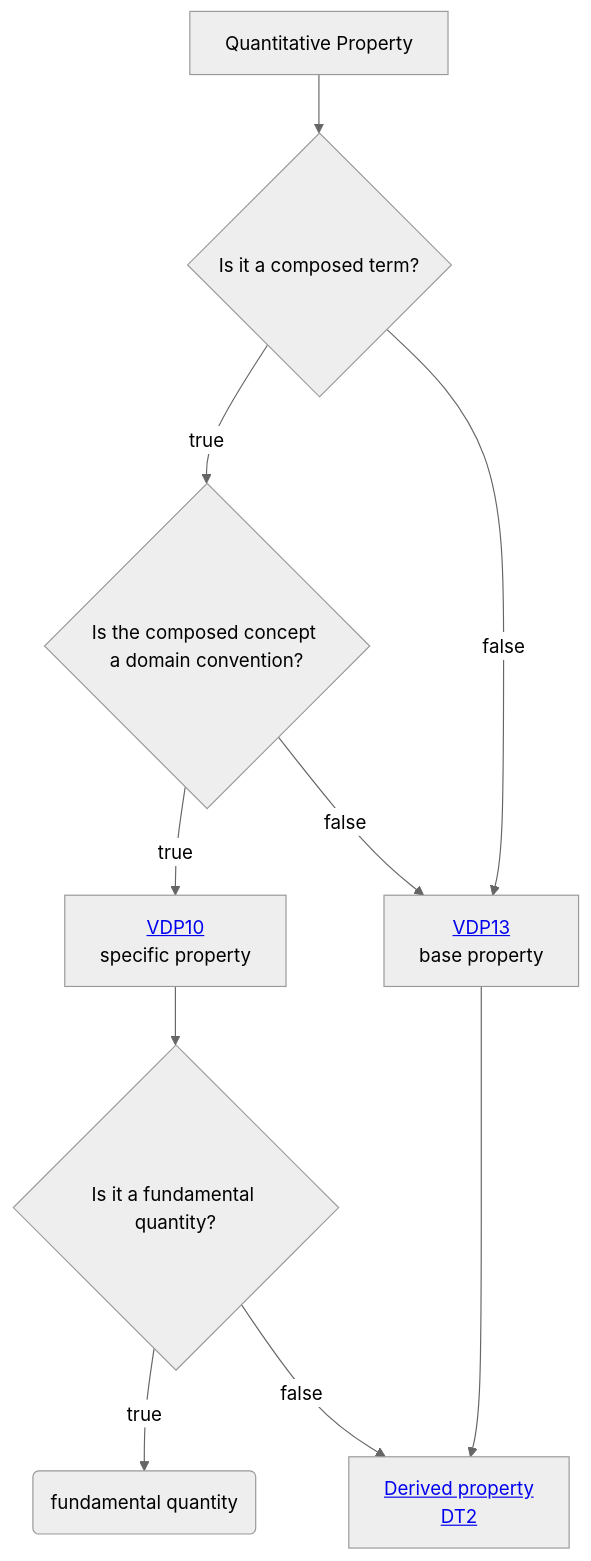
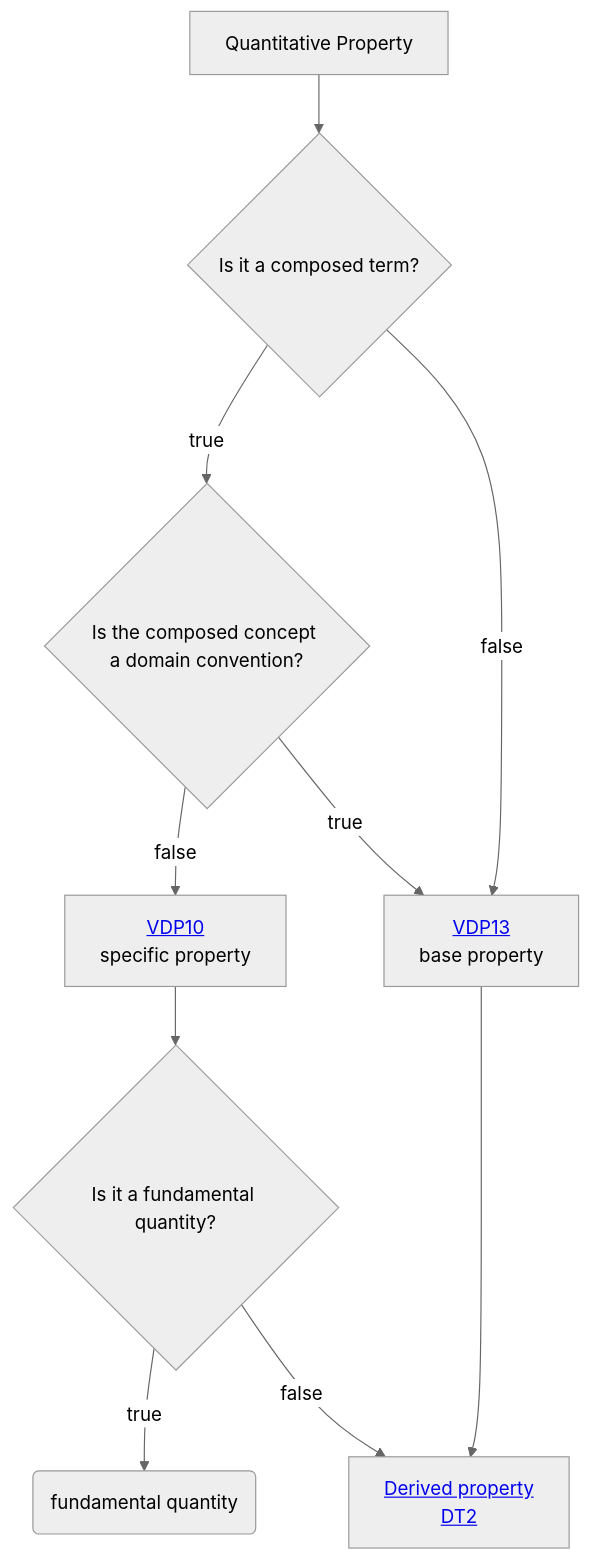
Before and after one commit to mabablue/I-ADOPT-patterns-playground: the diagram in Decisition_trees/DT1.mmd, drawn with Mermaid (neutral theme).

```diff
--- a/Decisition_trees/DT1.mmd
+++ b/Decisition_trees/DT1.mmd
@@ -1,10 +1,10 @@
 flowchart TD
     A[Quantitative Property] --> B{Is it a composed term?}
     B --> |true|F{Is the composed concept a domain convention?}
     B --> |false|D[<a href='https://github.com/mabablue/I-ADOPT-patterns-playground/blob/main/pattern/VDP13.yaml'>VDP13</a> <br> base property]
-    F --> |true|H[<a href='https://github.com/mabablue/I-ADOPT-patterns-playground/blob/main/pattern/VDP10.yaml'>VDP10</a> <br> specific property]
-    F --> |false|D
+    F --> |false|H[<a href='https://github.com/mabablue/I-ADOPT-patterns-playground/blob/main/pattern/VDP10.yaml'>VDP10</a> <br> specific property]
+    F --> |true|D
     H --> I{Is it a fundamental quantity?}
     D --> L[<a href='https://github.com/mabablue/I-ADOPT-patterns-playground/blob/main/Decisition_trees/DT2.mmd'>Next step <br> DT2</a>] 
     I --> |true|J(fundamental quantity)
     I --> |false|L[<a href='https://github.com/mabablue/I-ADOPT-patterns-playground/blob/main/Decisition_trees/DT2.mmd'>Derived property <br> DT2</a>] 
```
